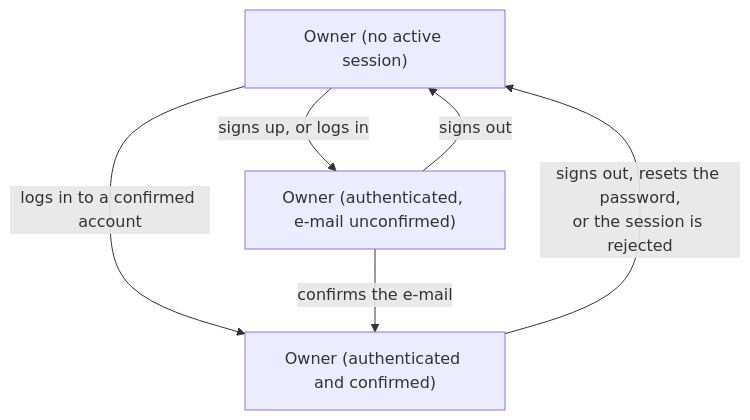
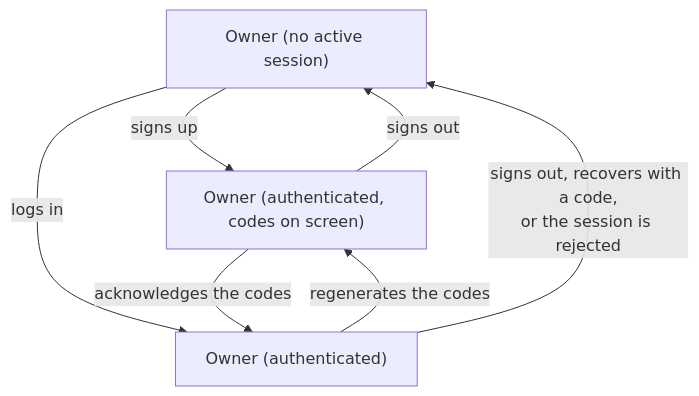
Before and after one commit to artur-rios/alexandria-ui: the third of 3 diagrams in docs/requirements/Vision Document.md, drawn with Mermaid. The commit also changed other lines of this file and 50 other files, not shown here.

````diff
--- a/docs/requirements/Vision Document.md
+++ b/docs/requirements/Vision Document.md
@@ -240,11 +240,12 @@
 ```mermaid
 graph TD
     GUEST["Owner (no active session)"]
-    LOCKED["Owner (authenticated, e-mail unconfirmed)"]
-    OWNER["Owner (authenticated and confirmed)"]
-    GUEST -->|"signs up, or logs in"| LOCKED
-    GUEST -->|"logs in to a confirmed account"| OWNER
-    LOCKED -->|"confirms the e-mail"| OWNER
-    LOCKED -->|"signs out"| GUEST
-    OWNER -->|"signs out, resets the password,<br/>or the session is rejected"| GUEST
+    CODES["Owner (authenticated, codes on screen)"]
+    OWNER["Owner (authenticated)"]
+    GUEST -->|"signs up"| CODES
+    GUEST -->|"logs in"| OWNER
+    CODES -->|"acknowledges the codes"| OWNER
+    CODES -->|"signs out"| GUEST
+    OWNER -->|"regenerates the codes"| CODES
+    OWNER -->|"signs out, recovers with a code,<br/>or the session is rejected"| GUEST
 ```
````
